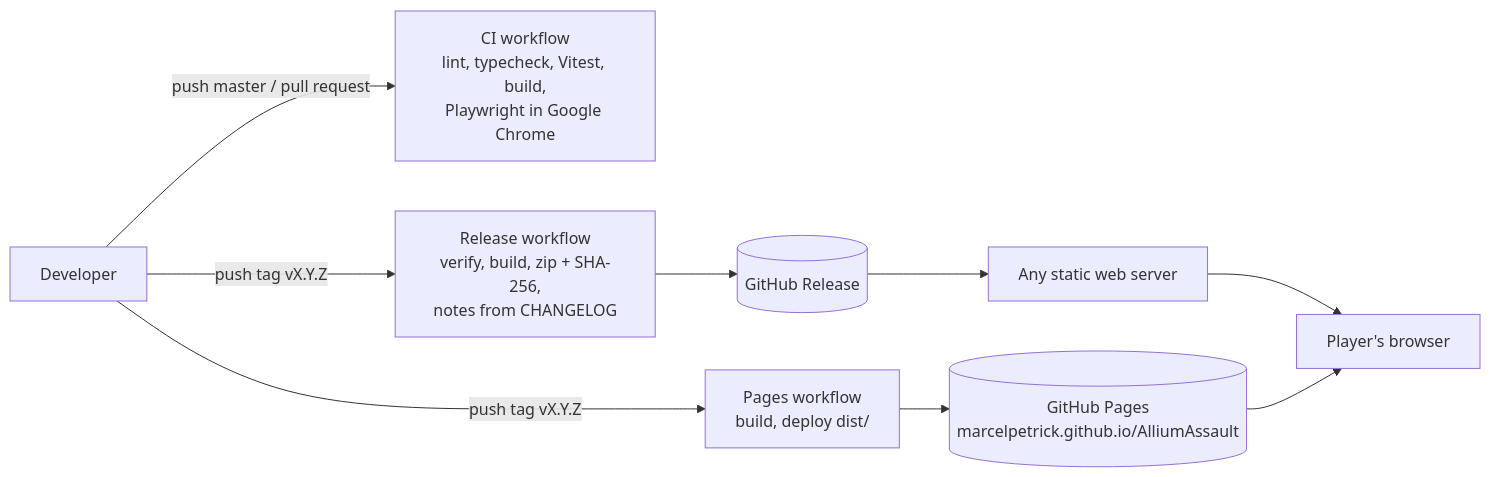
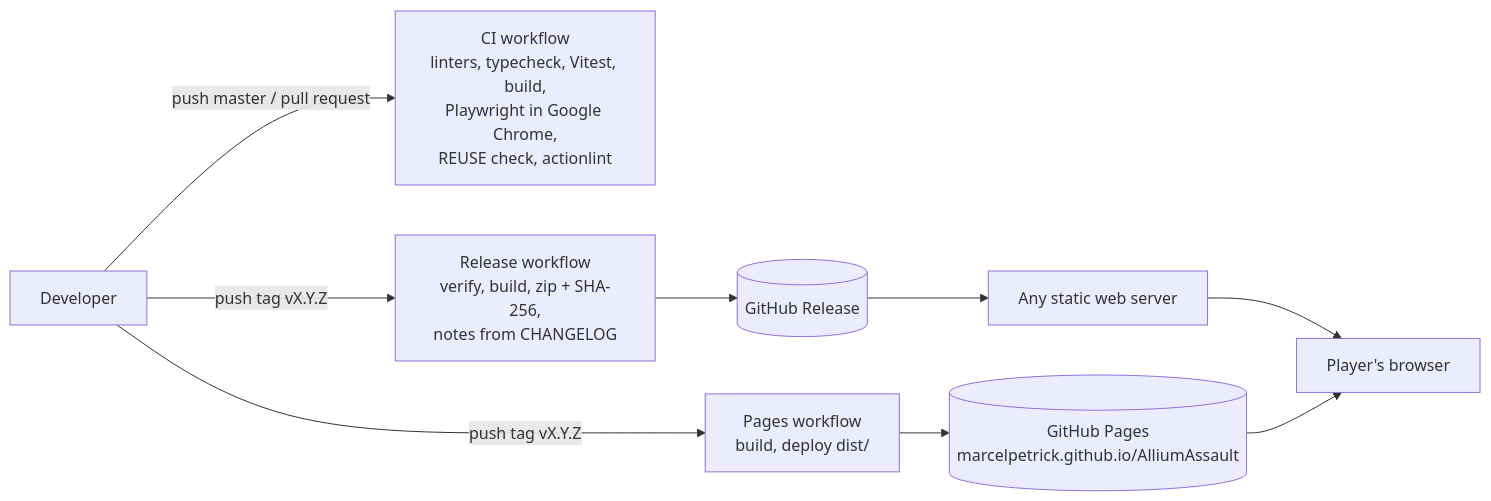
One commit to marcelpetrick/AlliumAssault changed the ninth of 9 diagrams in docs/ARCHITECTURE.md. Above: the diagram before and after it, drawn with Mermaid. The commit also changed other lines of this file and 8 other files, not shown here.

````diff
--- a/docs/ARCHITECTURE.md
+++ b/docs/ARCHITECTURE.md
@@ -257,11 +264,11 @@
 ```mermaid
 flowchart LR
-  dev["Developer"] -- "push master / pull request" --> ci["CI workflow<br/>lint, typecheck, Vitest, build,<br/>Playwright in Google Chrome"]
+  dev["Developer"] -- "push master / pull request" --> ci["CI workflow<br/>linters, typecheck, Vitest, build,<br/>Playwright in Google Chrome,<br/>REUSE check, actionlint"]
   dev -- "push tag vX.Y.Z" --> rel["Release workflow<br/>verify, build, zip + SHA-256,<br/>notes from CHANGELOG"]
   dev -- "push tag vX.Y.Z" --> pages["Pages workflow<br/>build, deploy dist/"]
   pages --> site[("GitHub Pages<br/>marcelpetrick.github.io/AlliumAssault")]
   rel --> release[("GitHub Release")]
   release --> host["Any static web server"]
   host --> browser["Player's browser"]
   site --> browser
 ```
````
